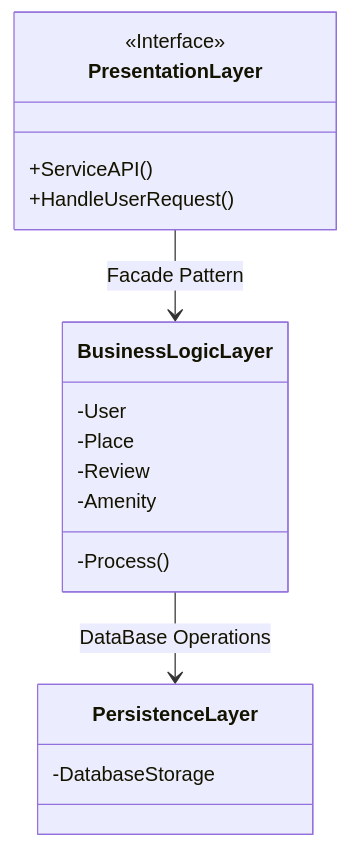
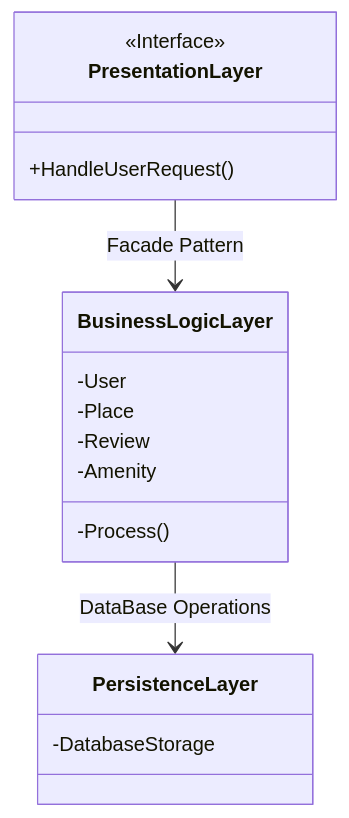
One commit to Basco64/HBNB_UML changed the diagram in High-Level_Package_Diagram.md. Above: the diagram before and after it, drawn with Mermaid.

````diff
--- a/High-Level_Package_Diagram.md
+++ b/High-Level_Package_Diagram.md
@@ -1,22 +1,21 @@
 ```mermaid
 classDiagram
 
 class PresentationLayer {
     <<Interface>>
-    +ServiceAPI()
     +HandleUserRequest()
 }
 class BusinessLogicLayer {
     -User
     -Place
     -Review
     -Amenity
     -Process()
 }
 class PersistenceLayer {
     -DatabaseStorage
 }
 
 PresentationLayer --> BusinessLogicLayer : Facade Pattern
 BusinessLogicLayer --> PersistenceLayer : DataBase Operations
 ```
````
